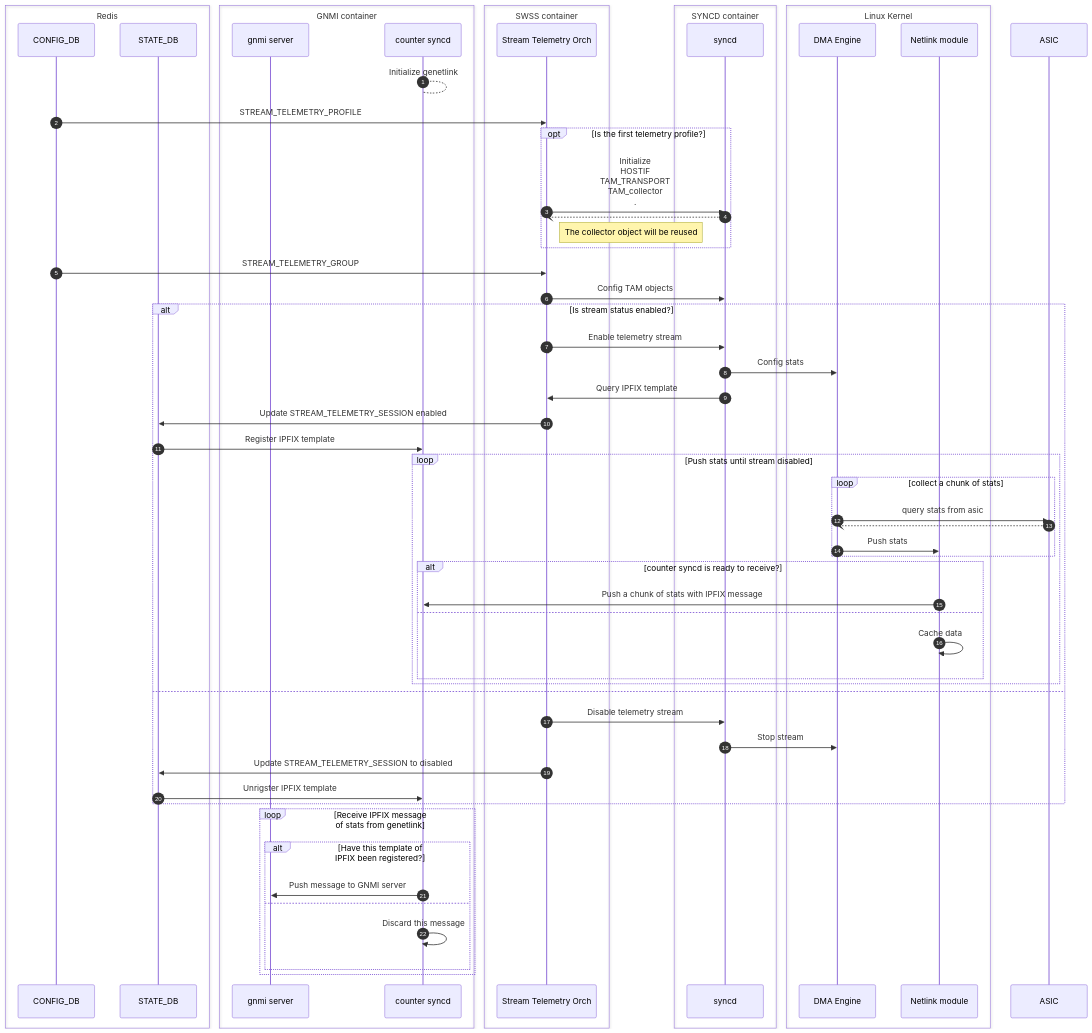
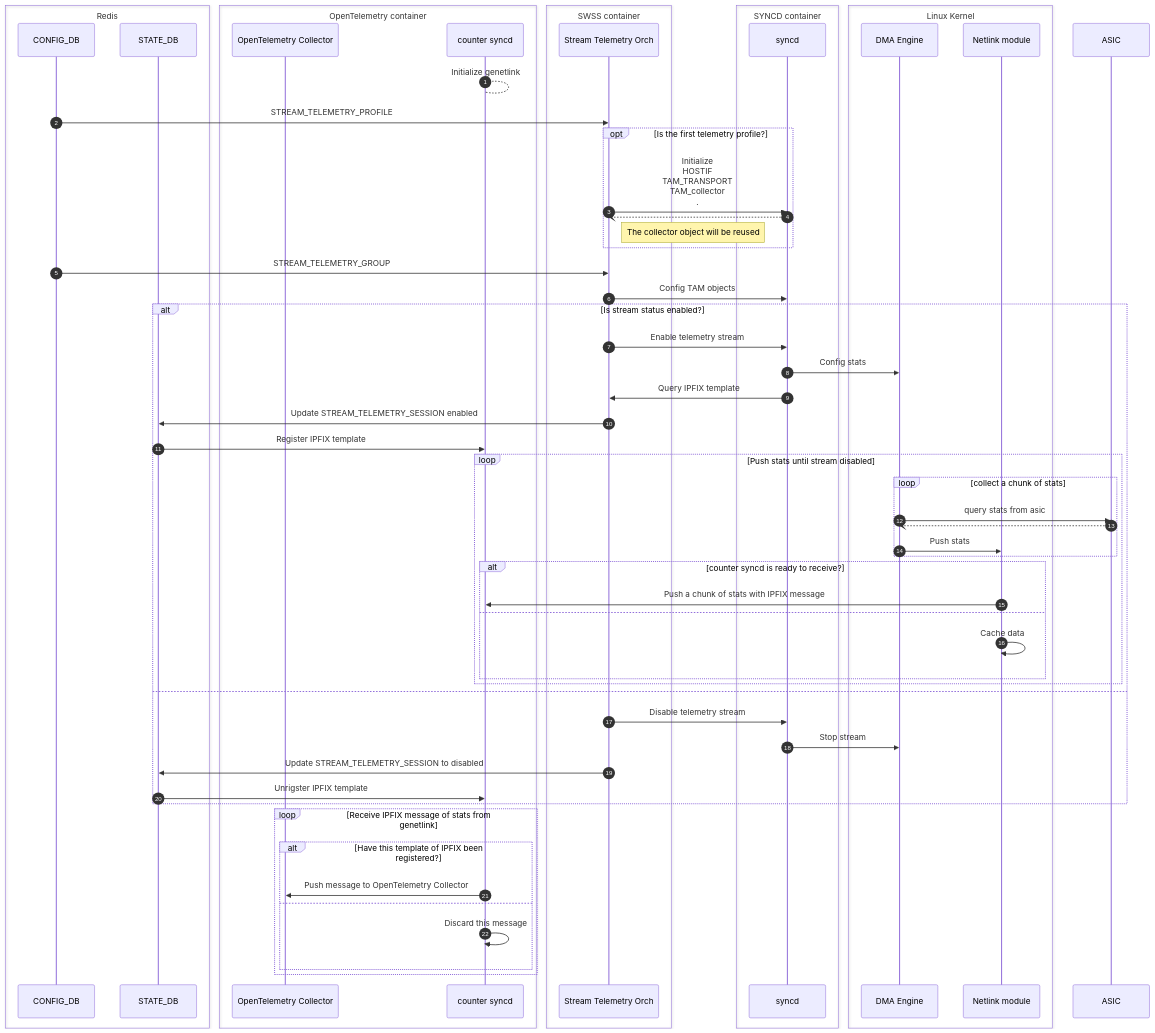
The eighth of 9 diagrams in doc/stream-telemetry/stream-telemetry-hld.md (sonic-net/SONiC), drawn with Mermaid before and after one commit. The commit also changed other lines of this file, not shown here.

Commit message:
Move gnmi to opentelemetry

````diff
--- a/doc/stream-telemetry/stream-telemetry-hld.md
+++ b/doc/stream-telemetry/stream-telemetry-hld.md
@@ -408,66 +408,66 @@
 ``` mermaid
 
 sequenceDiagram
     autonumber
     box Redis
         participant config_db as CONFIG_DB
         participant state_db as STATE_DB
     end
-    box GNMI container
-        participant gnmi as gnmi server
+    box OpenTelemetry container
+        participant otel as OpenTelemetry Collector
         participant counter as counter syncd
     end
     box SWSS container
         participant st_orch as Stream Telemetry Orch
     end
     box SYNCD container
         participant syncd
     end
     box Linux Kernel
         participant dma_engine as DMA Engine
         participant netlink_module as Netlink module
     end
     participant asic as ASIC
 
     counter --> counter: Initialize genetlink
     config_db ->> st_orch: STREAM_TELEMETRY_PROFILE
     opt Is the first telemetry profile?
         st_orch ->> syncd: Initialize <br/>HOSTIF<br/>TAM_TRANSPORT<br/>TAM_collector<br/>.
         syncd --) st_orch: 
         note right of st_orch: The collector object will be reused
     end
     config_db ->> st_orch: STREAM_TELEMETRY_GROUP
     st_orch ->> syncd: Config TAM objects
     alt Is stream status enabled?
         st_orch ->> syncd: Enable telemetry stream
         syncd ->> dma_engine: Config stats
         syncd ->> st_orch: Query IPFIX template
         st_orch ->> state_db: Update STREAM_TELEMETRY_SESSION enabled
         state_db ->> counter: Register IPFIX template
         loop Push stats until stream disabled
             loop collect a chunk of stats
                 dma_engine ->> asic: query stats from asic
                 asic --) dma_engine: 
                 dma_engine ->> netlink_module: Push stats
             end
             alt counter syncd is ready to receive?
                 netlink_module ->> counter: Push a chunk of stats with IPFIX message
             else
                 netlink_module ->> netlink_module: Cache data
             end
         end
     else
         st_orch ->> syncd: Disable telemetry stream
         syncd ->> dma_engine: Stop stream
         st_orch ->> state_db: Update STREAM_TELEMETRY_SESSION to disabled
         state_db ->> counter: Unrigster IPFIX template
     end
     loop Receive IPFIX message of stats from genetlink
         alt Have this template of IPFIX been registered?
-            counter ->> gnmi: Push message to GNMI server
+            counter ->> otel: Push message to OpenTelemetry Collector
         else
             counter ->> counter: Discard this message
         end
     end
 
 ```
````
